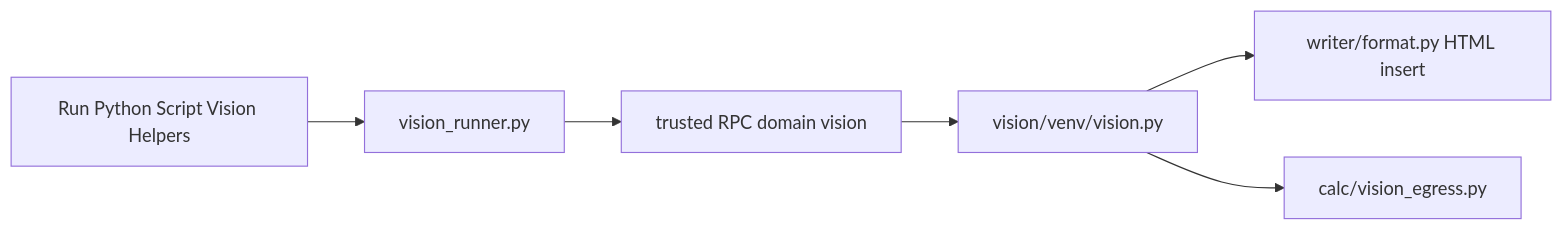
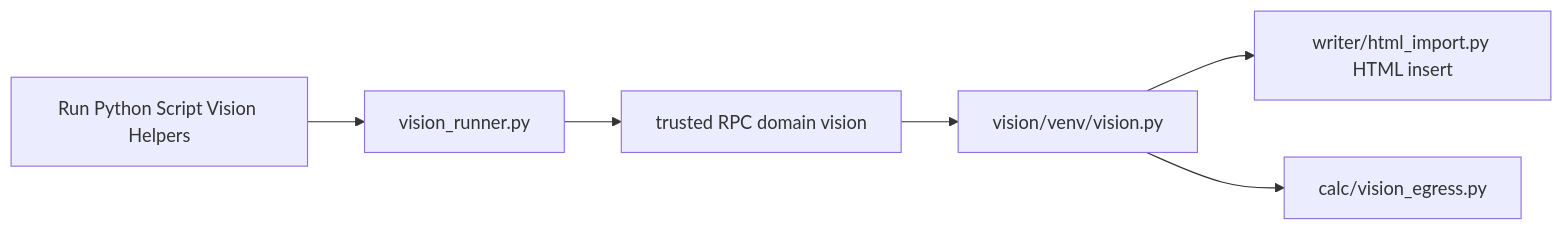
One commit to KeithCu/writeragent changed the ninth of 9 diagrams in docs/scripting/librepy-split.md. Above: the diagram before and after it, drawn with Mermaid. The commit also changed other lines of this file and 48 other files, not shown here.

Commit message:
writer: delete format.py and relocate helpers to html_export, html_import, and text_helpers

````diff
--- a/docs/scripting/librepy-split.md
+++ b/docs/scripting/librepy-split.md
@@ -1107,12 +1106,12 @@
 ```mermaid
 flowchart LR
   rps[Run Python Script Vision Helpers]
   runner[vision_runner.py]
   rpc[trusted RPC domain vision]
   venv[vision/venv/vision.py]
-  egressW[writer/format.py HTML insert]
+  egressW[writer/html_import.py HTML insert]
   egressC[calc/vision_egress.py]
   rps --> runner --> rpc --> venv
   venv --> egressW
   venv --> egressC
 ```
````
